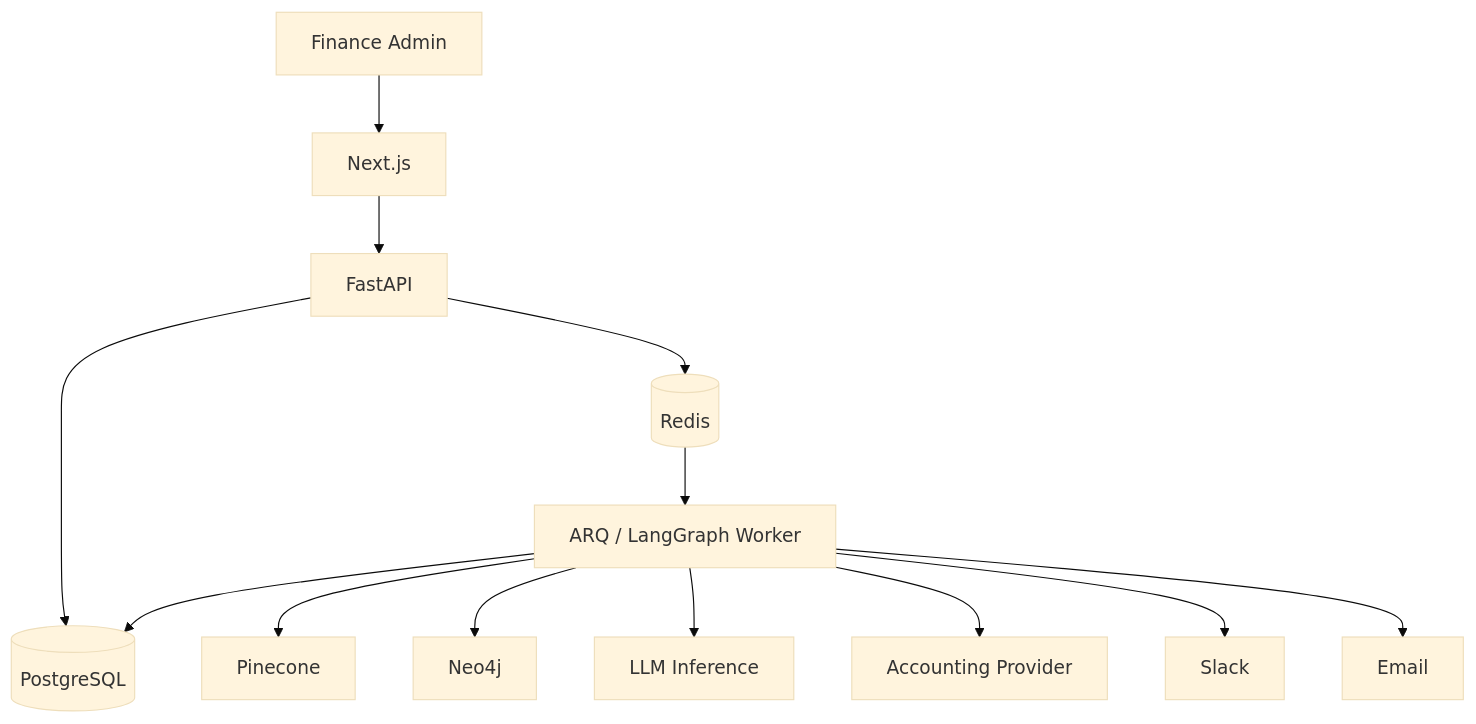
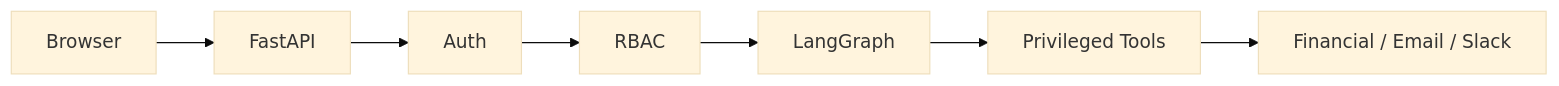
One commit to ChibuezeWilly/AI-Powered-Financial-Close-System changed diagram 20 of 23 in README.md. Above: the diagram before and after it, drawn with Mermaid (base theme). The commit also changed other lines of this file and 28 other files, not shown here.

````diff
--- a/README.md
+++ b/README.md
@@ -2549,53 +2633,24 @@
 ```mermaid
+flowchart LR
 
-flowchart TB
+    BROWSER[Browser]
 
-    USER[Finance Admin]
+    API[FastAPI]
 
-    WEB[Next.js]
+    AUTH[Auth]
 
-    API[FastAPI]
+    RBAC[RBAC]
 
-    WORKER[ARQ / LangGraph Worker]
+    LG[LangGraph]
 
-    PG[(PostgreSQL)]
+    TOOLS[Privileged Tools]
 
-    REDIS[(Redis)]
+    SERVICES[Financial / Email / Slack]
 
-    PINE[Pinecone]
-
-    NEO[Neo4j]
-
-    LLM[LLM Inference]
-
-    ACCOUNTING[Accounting Provider]
-
-    SLACK[Slack]
-
-    EMAIL[Email]
-
-    USER --> WEB
-
-    WEB --> API
-
-    API --> PG
-
-    API --> REDIS
-
-    REDIS --> WORKER
-
-    WORKER --> PG
-
-    WORKER --> PINE
-
-    WORKER --> NEO
-
-    WORKER --> LLM
-
-    WORKER --> ACCOUNTING
-
-    WORKER --> SLACK
-
-    WORKER --> EMAIL
-
+    BROWSER --> API
+    API --> AUTH
+    AUTH --> RBAC
+    RBAC --> LG
+    LG --> TOOLS
+    TOOLS --> SERVICES
 ```
````
